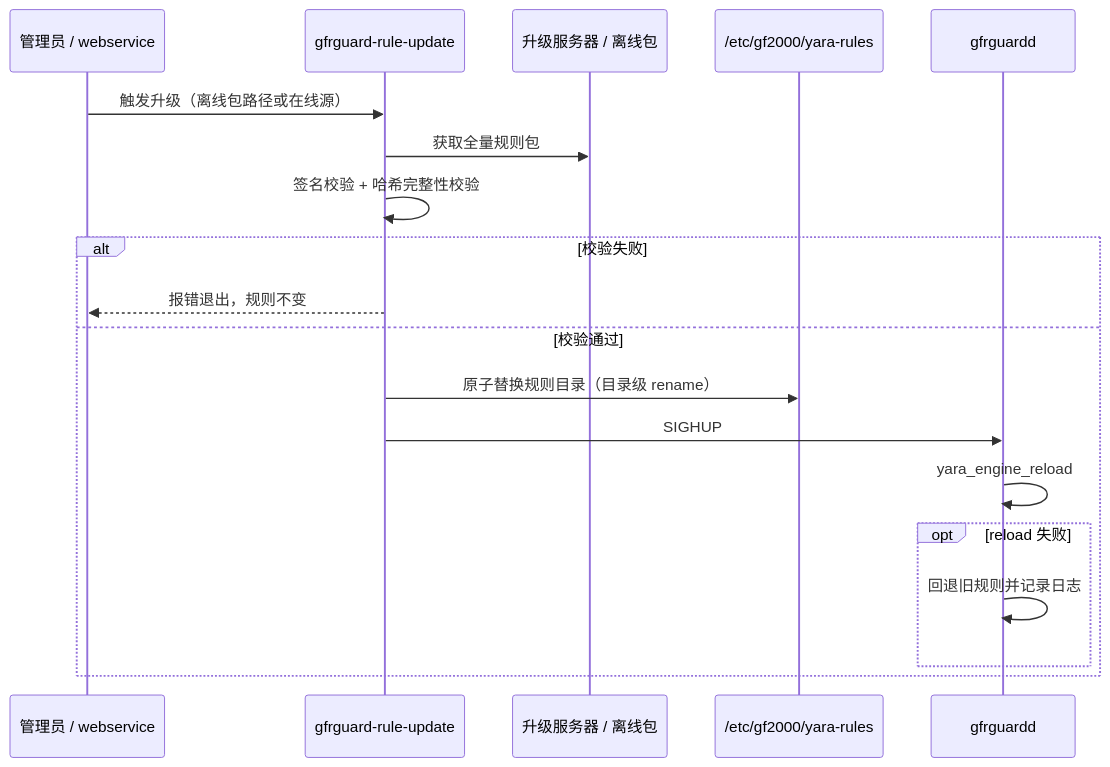
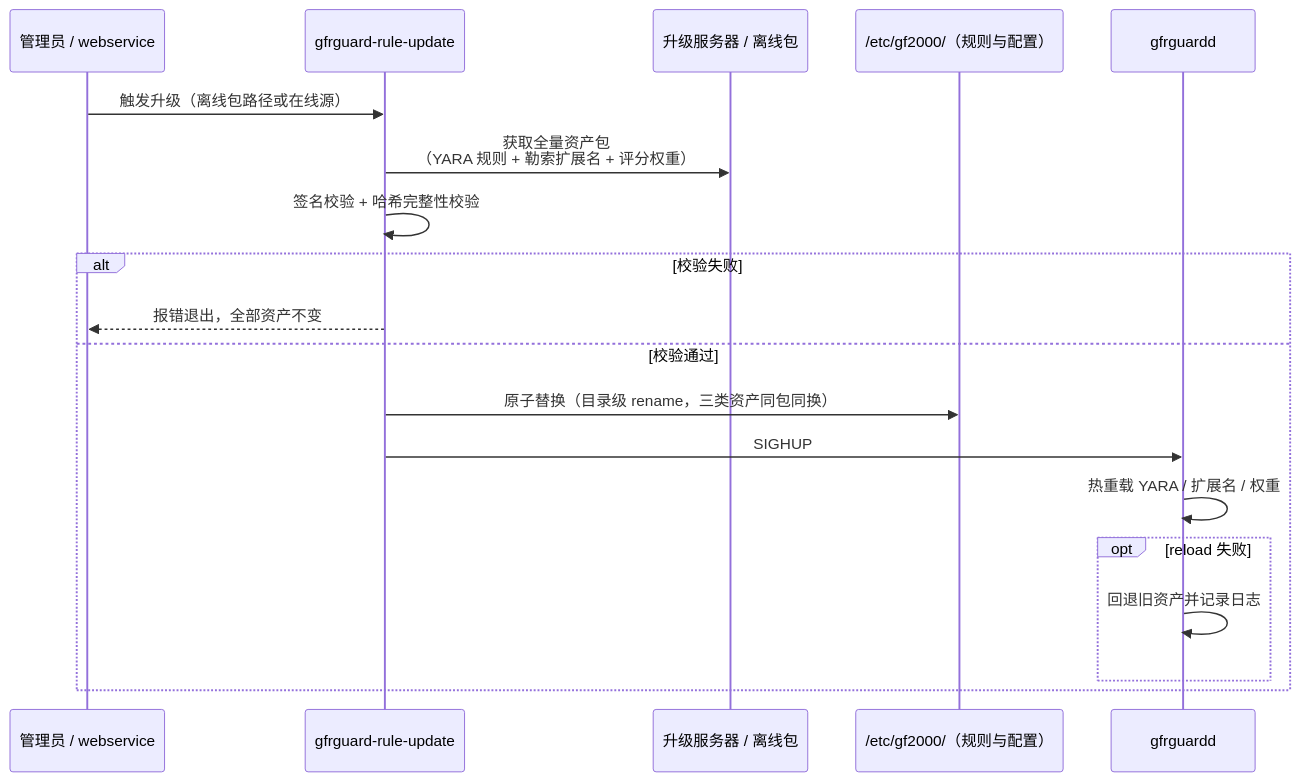
Before and after one commit to xd121614/ne_gfrguard: the ninth of 11 diagrams in doc/specs/architecture_v2.md, drawn with Mermaid. The commit also changed other lines of this file, not shown here.

````diff
--- a/doc/specs/architecture_v2.md
+++ b/doc/specs/architecture_v2.md
@@ -541,22 +558,22 @@
 ```mermaid
 sequenceDiagram
 	participant OP as 管理员 / webservice
 	participant UP as gfrguard-rule-update
 	participant SRC as 升级服务器 / 离线包
-	participant ETC as /etc/gf2000/yara-rules
+	participant ETC as /etc/gf2000/（规则与配置）
 	participant D as gfrguardd
 
 	OP->>UP: 触发升级（离线包路径或在线源）
-	UP->>SRC: 获取全量规则包
+	UP->>SRC: 获取全量资产包<br/>（YARA 规则 + 勒索扩展名 + 评分权重）
 	UP->>UP: 签名校验 + 哈希完整性校验
 	alt 校验失败
-		UP-->>OP: 报错退出，规则不变
+		UP-->>OP: 报错退出，全部资产不变
 	else 校验通过
-		UP->>ETC: 原子替换规则目录（目录级 rename）
+		UP->>ETC: 原子替换（目录级 rename，三类资产同包同换）
 		UP->>D: SIGHUP
-		D->>D: yara_engine_reload
+		D->>D: 热重载 YARA / 扩展名 / 权重
 		opt reload 失败
-			D->>D: 回退旧规则并记录日志
+			D->>D: 回退旧资产并记录日志
 		end
 	end
 ```
````
